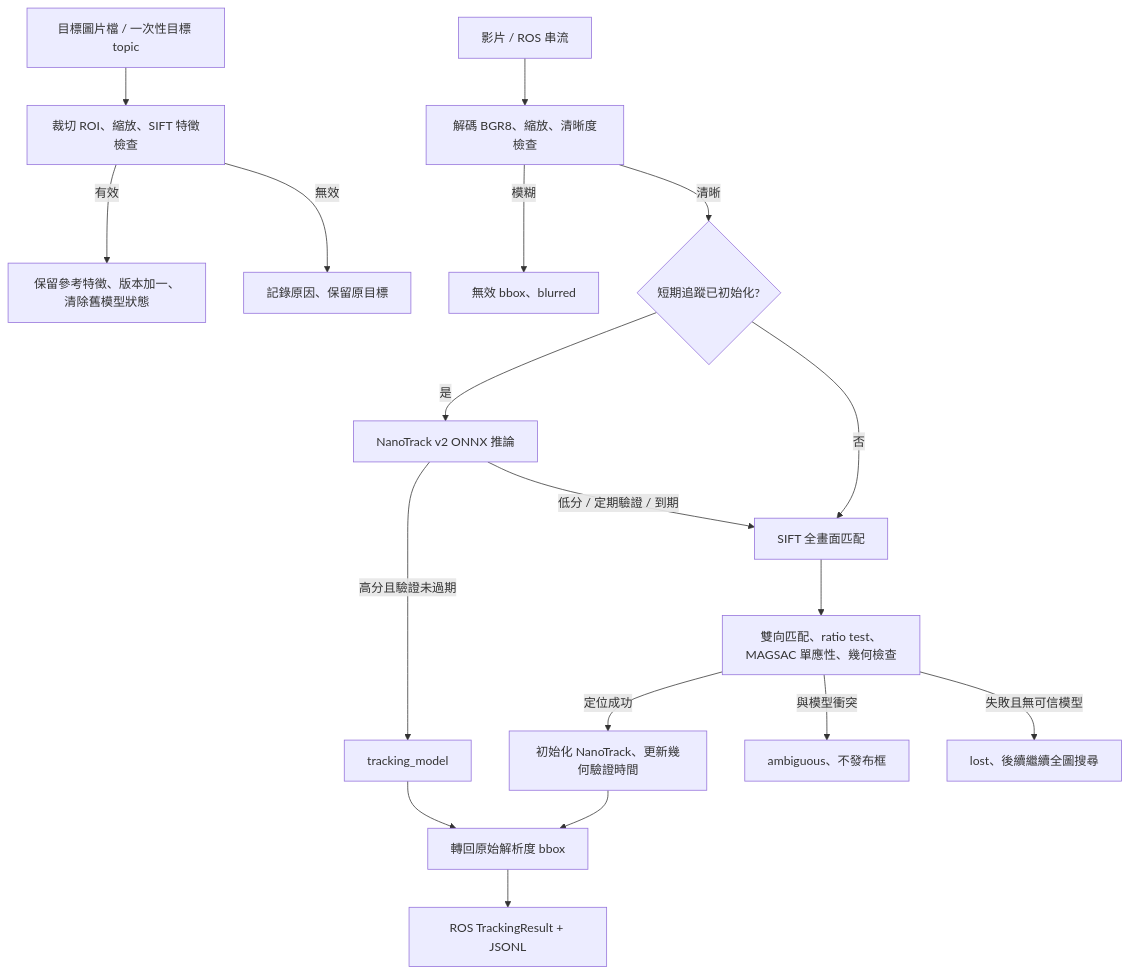
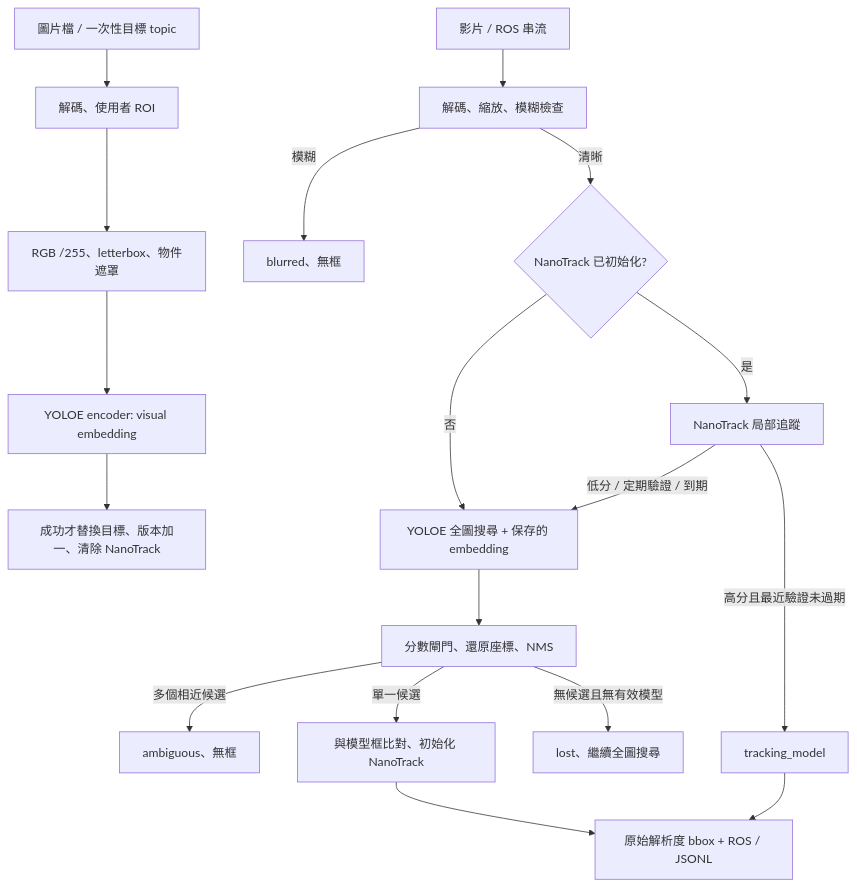
The diagram in README.md (noName-ll/object-tracking), drawn with Mermaid before and after one commit. The commit also changed other lines of this file and 20 other files, not shown here.

Commit message:
Replace SIFT global search with runtime visual-prompt YOLOE inference

````diff
--- a/README.md
+++ b/README.md
@@ -275,20 +223,20 @@
 ```mermaid
 flowchart TD
-  A[目標圖片檔 / 一次性目標 topic] --> B[裁切 ROI、縮放、SIFT 特徵檢查]
-  B -->|有效| C[保留參考特徵、版本加一、清除舊模型狀態]
-  B -->|無效| D[記錄原因、保留原目標]
-  E[影片 / ROS 串流] --> F[解碼 BGR8、縮放、清晰度檢查]
-  F -->|模糊| G[無效 bbox、blurred]
-  F -->|清晰| H{短期追蹤已初始化?}
-  H -->|是| I[NanoTrack v2 ONNX 推論]
-  H -->|否| J[SIFT 全畫面匹配]
-  I -->|低分 / 定期驗證 / 到期| J
-  J --> K[雙向匹配、ratio test、MAGSAC 單應性、幾何檢查]
-  K -->|定位成功| L[初始化 NanoTrack、更新幾何驗證時間]
-  I -->|高分且驗證未過期| M[tracking_model]
-  K -->|與模型衝突| N[ambiguous、不發布框]
-  K -->|失敗且無可信模型| O[lost、後續繼續全圖搜尋]
-  L --> P[轉回原始解析度 bbox]
-  M --> P
-  P --> Q[ROS TrackingResult + JSONL]
+  A[圖片檔 / 一次性目標 topic] --> B[解碼、使用者 ROI]
+  B --> C[RGB /255、letterbox、物件遮罩]
+  C --> D[YOLOE encoder: visual embedding]
+  D --> E[成功才替換目標、版本加一、清除 NanoTrack]
+  F[影片 / ROS 串流] --> G[解碼、縮放、模糊檢查]
+  G -->|模糊| H[blurred、無框]
+  G -->|清晰| I{NanoTrack 已初始化?}
+  I -->|是| J[NanoTrack 局部追蹤]
+  I -->|否| K[YOLOE 全圖搜尋 + 保存的 embedding]
+  J -->|低分 / 定期驗證 / 到期| K
+  K --> L[分數閘門、還原座標、NMS]
+  L -->|多個相近候選| M[ambiguous、無框]
+  L -->|單一候選| N[與模型框比對、初始化 NanoTrack]
+  L -->|無候選且無有效模型| O[lost、繼續全圖搜尋]
+  J -->|高分且最近驗證未過期| P[tracking_model]
+  N --> Q[原始解析度 bbox + ROS / JSONL]
+  P --> Q
 ```
````
